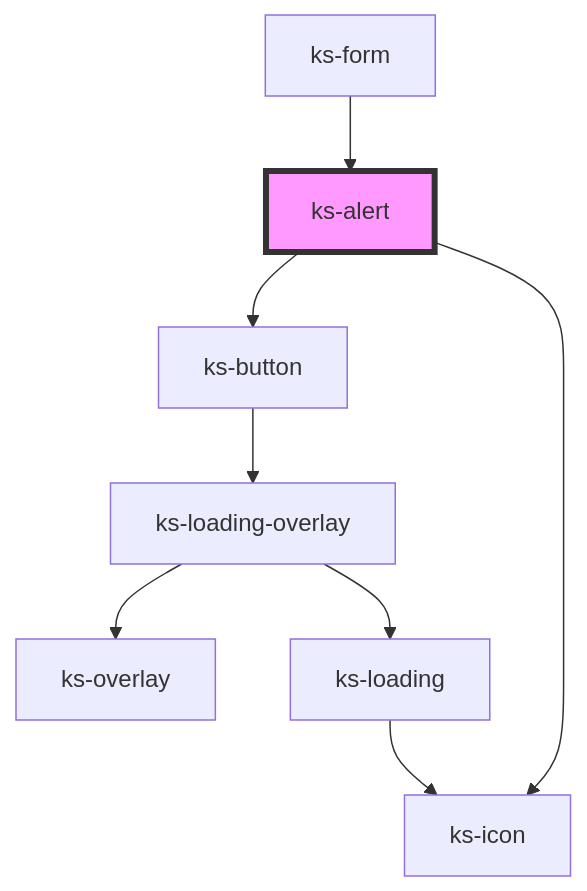
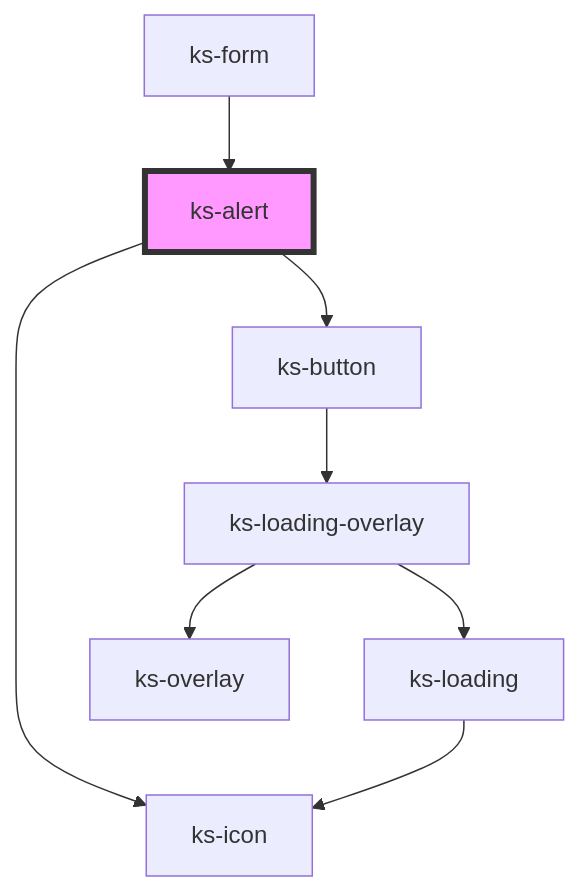
One commit to kickstand-ui/kickstand-ui changed the diagram in src/scripts/components/alert/readme.md. Above: the diagram before and after it, drawn with Mermaid. The commit also changed other lines of this file and 6 other files, not shown here.

Commit message:
add default alert icon

````diff
--- a/src/scripts/components/alert/readme.md
+++ b/src/scripts/components/alert/readme.md
@@ -63,11 +65,11 @@
 ```mermaid
 graph TD;
+  ks-alert --> ks-icon
   ks-alert --> ks-button
-  ks-alert --> ks-icon
   ks-button --> ks-loading-overlay
   ks-loading-overlay --> ks-overlay
   ks-loading-overlay --> ks-loading
   ks-loading --> ks-icon
   ks-form --> ks-alert
   style ks-alert fill:#f9f,stroke:#333,stroke-width:4px
 ```
````
